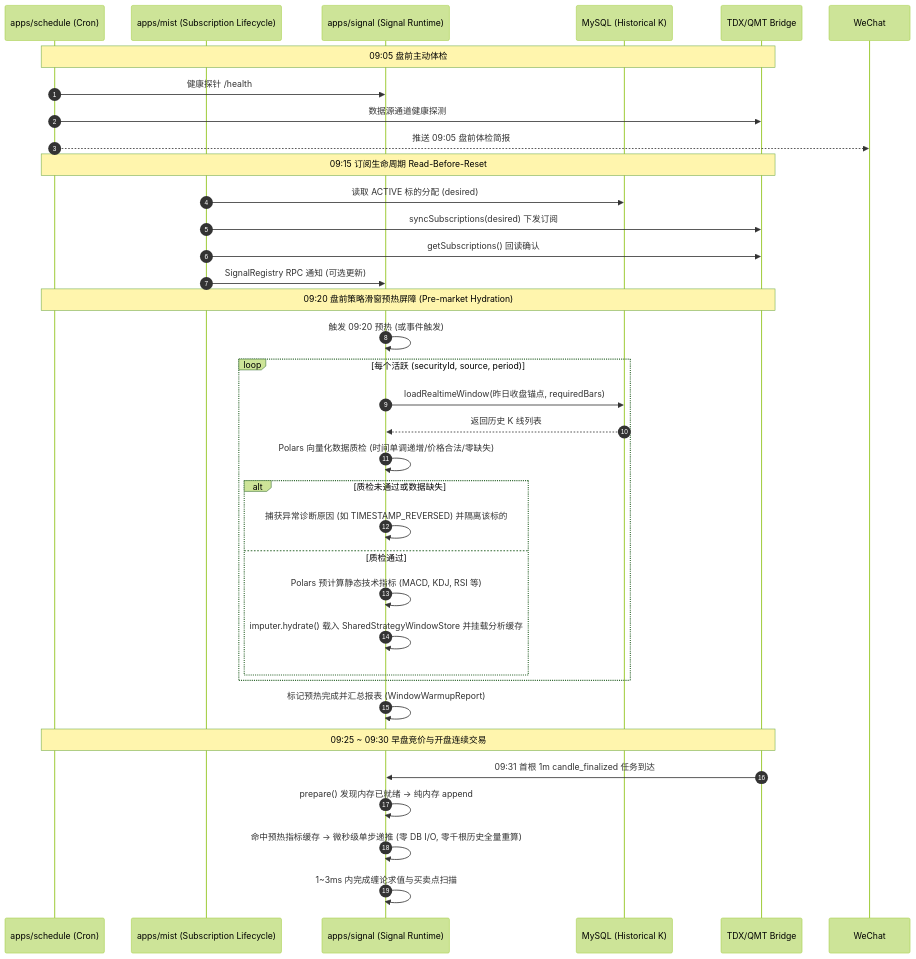
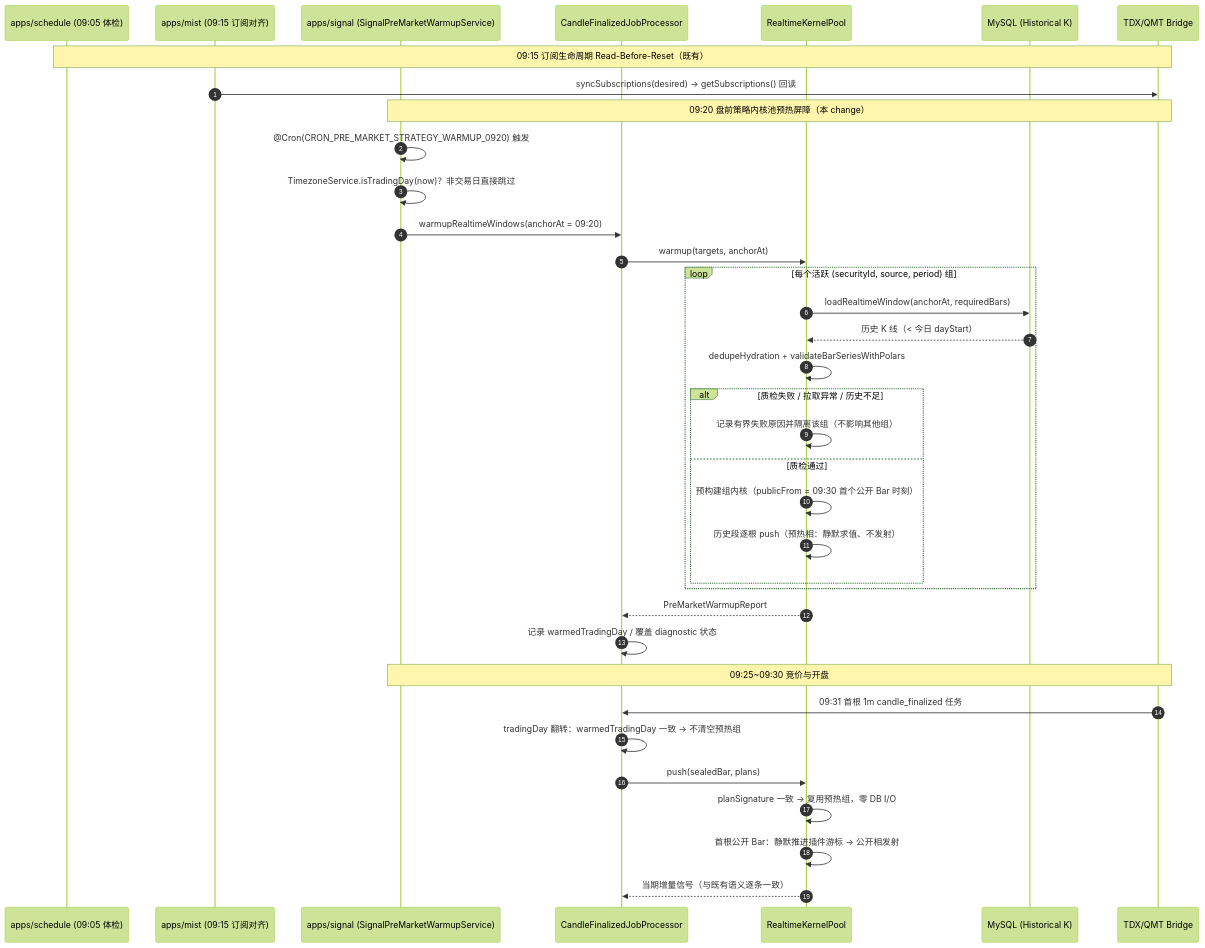
Before and after one commit to mist-trade/mist: the diagram in openspec/changes/add-pre-market-strategy-hydration/design.md, drawn with Mermaid (forest theme). The commit also changed other lines of this file and 4 other files, not shown here.

First line of the commit message:
docs(openspec): rewrite pre-market hydration change against unified kernel pool

````diff
--- a/openspec/changes/add-pre-market-strategy-hydration/design.md
+++ b/openspec/changes/add-pre-market-strategy-hydration/design.md
@@ -7,41 +7,41 @@
 ```mermaid
 sequenceDiagram
     autonumber
-    participant Sch as apps/schedule (Cron)
-    participant Coord as apps/mist (Subscription Lifecycle)
-    participant Sig as apps/signal (Signal Runtime)
+    participant Sch as apps/schedule (09:05 体检)
+    participant Coord as apps/mist (09:15 订阅对齐)
+    participant Sig as apps/signal (SignalPreMarketWarmupService)
+    participant Proc as CandleFinalizedJobProcessor
+    participant Pool as RealtimeKernelPool
     participant DB as MySQL (Historical K)
     participant DS as TDX/QMT Bridge
 
-    Note over Sch,DS: 09:05 盘前主动体检
-    Sch->>Sig: 健康探针 /health
-    Sch->>DS: 数据源通道健康探测
-    Sch-->>WeChat: 推送 09:05 盘前体检简报
+    Note over Sch,DS: 09:15 订阅生命周期 Read-Before-Reset（既有）
+    Coord->>DS: syncSubscriptions(desired) → getSubscriptions() 回读
 
-    Note over Sch,DS: 09:15 订阅生命周期 Read-Before-Reset
-    Coord->>DB: 读取 ACTIVE 标的分配 (desired)
-    Coord->>DS: syncSubscriptions(desired) 下发订阅
-    Coord->>DS: getSubscriptions() 回读确认
-    Coord->>Sig: SignalRegistry RPC 通知 (可选更新)
-
-    Note over Sch,DS: 09:20 盘前策略滑窗预热屏障 (Pre-market Hydration)
-    Sig->>Sig: 触发 09:20 预热 (或事件触发)
-    loop 每个活跃 (securityId, source, period)
-        Sig->>DB: loadRealtimeWindow(昨日收盘锚点, requiredBars)
-        DB-->>Sig: 返回历史 K 线列表
-        Sig->>Sig: Polars 向量化数据质检 (时间单调递增/价格合法/零缺失)
-        alt 质检未通过或数据缺失
-            Sig->>Sig: 捕获异常诊断原因 (如 TIMESTAMP_REVERSED) 并隔离该标的
+    Note over Sig,DS: 09:20 盘前策略内核池预热屏障（本 change）
+    Sig->>Sig: @Cron(CRON_PRE_MARKET_STRATEGY_WARMUP_0920) 触发
+    Sig->>Sig: TimezoneService.isTradingDay(now)？非交易日直接跳过
+    Sig->>Proc: warmupRealtimeWindows(anchorAt = 09:20)
+    Proc->>Pool: warmup(targets, anchorAt)
+    loop 每个活跃 (securityId, source, period) 组
+        Pool->>DB: loadRealtimeWindow(anchorAt, requiredBars)
+        DB-->>Pool: 历史 K 线（< 今日 dayStart）
+        Pool->>Pool: dedupeHydration + validateBarSeriesWithPolars
+        alt 质检失败 / 拉取异常 / 历史不足
+            Pool->>Pool: 记录有界失败原因并隔离该组（不影响其他组）
         else 质检通过
-            Sig->>Sig: Polars 预计算静态技术指标 (MACD, KDJ, RSI 等)
-            Sig->>Sig: imputer.hydrate() 载入 SharedStrategyWindowStore 并挂载分析缓存
+            Pool->>Pool: 预构建组内核（publicFrom = 09:30 首个公开 Bar 时刻）
+            Pool->>Pool: 历史段逐根 push（预热相：静默求值、不发射）
         end
     end
-    Sig->>Sig: 标记预热完成并汇总报表 (WindowWarmupReport)
+    Pool-->>Proc: PreMarketWarmupReport
+    Proc->>Proc: 记录 warmedTradingDay / 覆盖 diagnostic 状态
 
-    Note over Sch,DS: 09:25 ~ 09:30 早盘竞价与开盘连续交易
-    DS->>Sig: 09:31 首根 1m candle_finalized 任务到达
-    Sig->>Sig: prepare() 发现内存已就绪 -> 纯内存 append
-    Sig->>Sig: 命中预热指标缓存 -> 微秒级单步递推 (零 DB I/O, 零千根历史全量重算)
-    Sig->>Sig: 1~3ms 内完成缠论求值与买卖点扫描
+    Note over Sig,DS: 09:25~09:30 竞价与开盘
+    DS->>Proc: 09:31 首根 1m candle_finalized 任务
+    Proc->>Proc: tradingDay 翻转：warmedTradingDay 一致 → 不清空预热组
+    Proc->>Pool: push(sealedBar, plans)
+    Pool->>Pool: planSignature 一致 → 复用预热组，零 DB I/O
+    Pool->>Pool: 首根公开 Bar：静默推进插件游标 → 公开相发射
+    Pool-->>Proc: 当期增量信号（与既有语义逐条一致）
 ```
````
